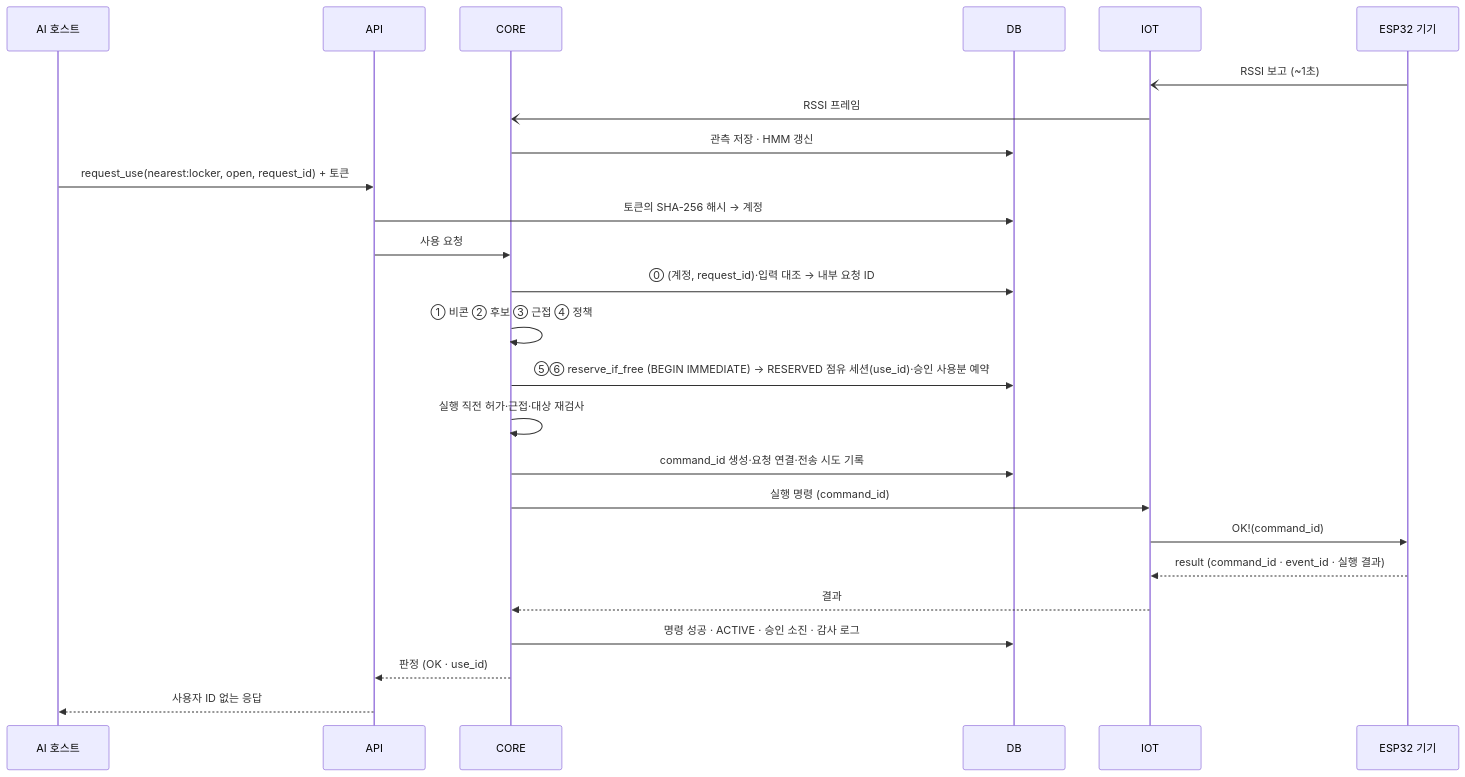
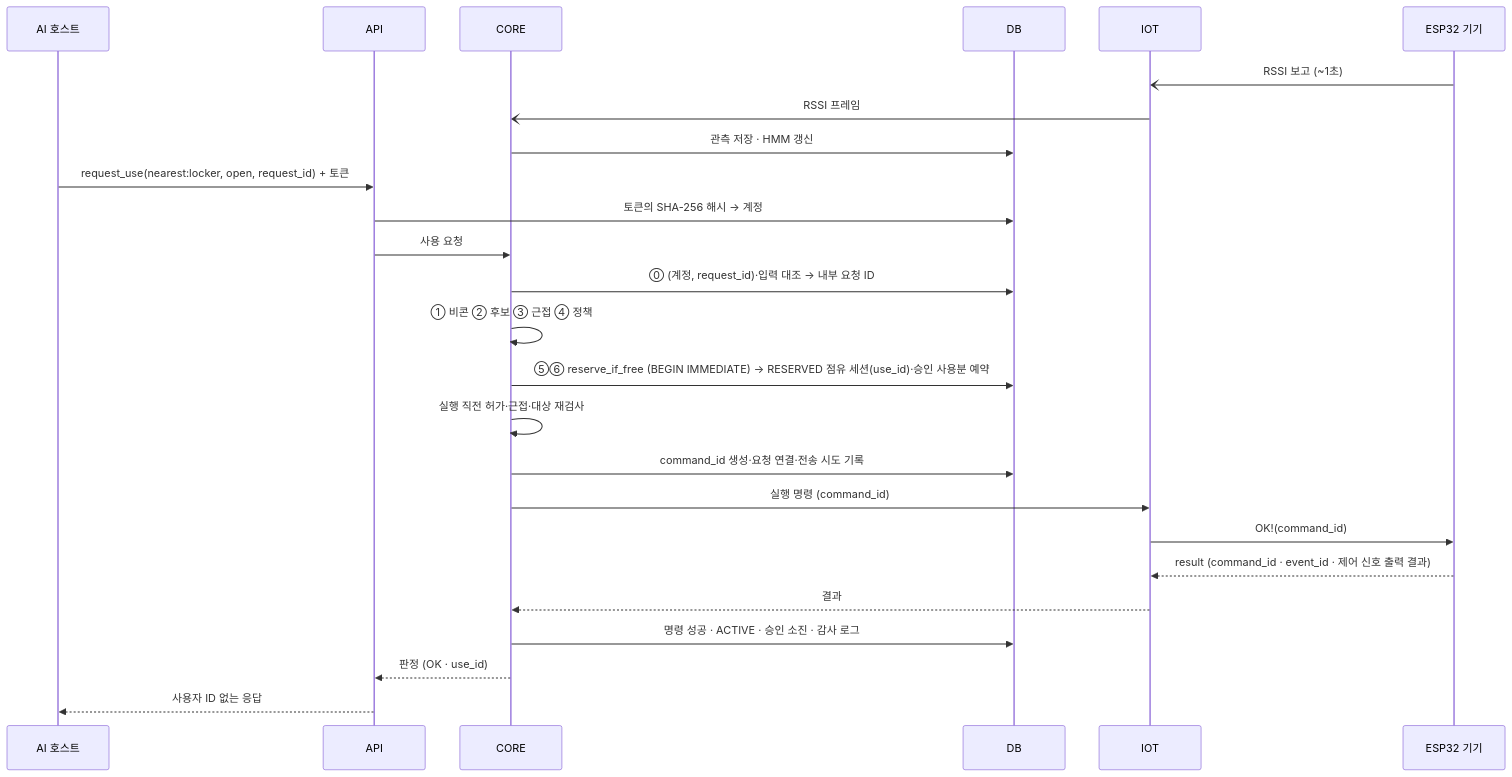
One commit to capstone-itda/nearpilot-server changed the second of 3 diagrams in docs/architecture.md. Above: the diagram before and after it, drawn with Mermaid. The commit also changed other lines of this file and 4 other files, not shown here.

````diff
--- a/docs/architecture.md
+++ b/docs/architecture.md
@@ -1377,28 +1312,28 @@
 ```mermaid
 sequenceDiagram
     participant H as AI 호스트
     participant A as API
     participant C as CORE
     participant D as DB
     participant I as IOT
     participant N as ESP32 기기
 
     N-)I: RSSI 보고 (~1초)
     I-)C: RSSI 프레임
     C->>D: 관측 저장 · HMM 갱신
     H->>A: request_use(nearest:locker, open, request_id) + 토큰
     A->>D: 토큰의 SHA-256 해시 → 계정
     A->>C: 사용 요청
     C->>D: ⓪ (계정, request_id)·입력 대조 → 내부 요청 ID
     C->>C: ① 비콘 ② 후보 ③ 근접 ④ 정책
     C->>D: ⑤⑥ reserve_if_free (BEGIN IMMEDIATE) → RESERVED 점유 세션(use_id)·승인 사용분 예약
     C->>C: 실행 직전 허가·근접·대상 재검사
     C->>D: command_id 생성·요청 연결·전송 시도 기록
     C->>I: 실행 명령 (command_id)
     I->>N: OK!(command_id)
-    N-->>I: result (command_id · event_id · 실행 결과)
+    N-->>I: result (command_id · event_id · 제어 신호 출력 결과)
     I-->>C: 결과
     C->>D: 명령 성공 · ACTIVE · 승인 소진 · 감사 로그
     C-->>A: 판정 (OK · use_id)
     A-->>H: 사용자 ID 없는 응답
 ```
````
